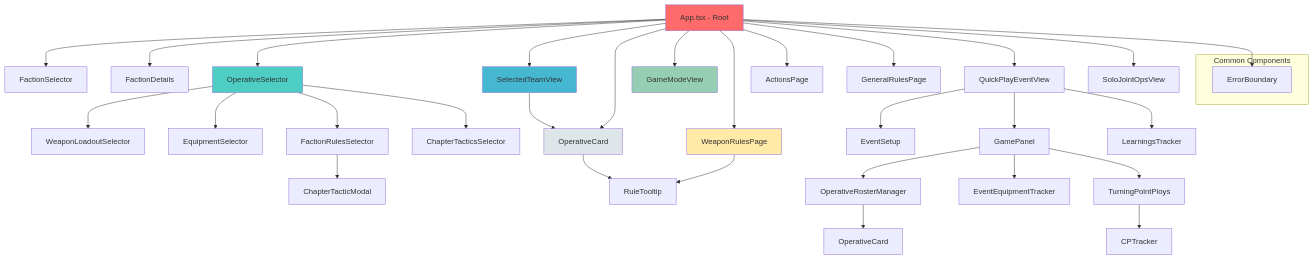
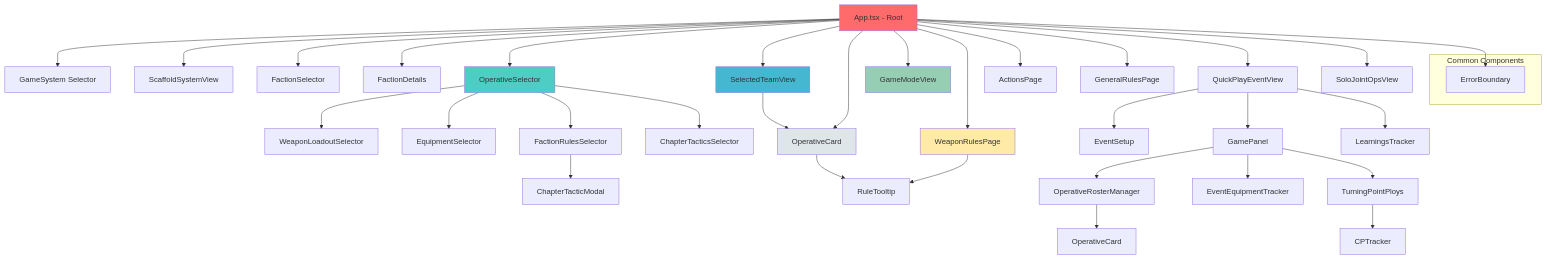
One commit to aaronbridgeman/wh40k-killteamtools changed the second of 6 diagrams in ARCHITECTURE.md. Above: the diagram before and after it, drawn with Mermaid. The commit also changed other lines of this file and 13 other files, not shown here.

````diff
--- a/ARCHITECTURE.md
+++ b/ARCHITECTURE.md
@@ -70,52 +71,54 @@
 ```mermaid
 graph TD
     App[App.tsx - Root]
 
+    App --> GSS[GameSystem Selector]
+    App --> SSV[ScaffoldSystemView]
     App --> FS[FactionSelector]
     App --> FD[FactionDetails]
     App --> OS[OperativeSelector]
     App --> STV[SelectedTeamView]
     App --> OC[OperativeCard]
     App --> GMV[GameModeView]
     App --> WRP[WeaponRulesPage]
     App --> AP[ActionsPage]
     App --> GRP[GeneralRulesPage]
     App --> QPE[QuickPlayEventView]
     App --> SJO[SoloJointOpsView]
 
     QPE --> ES2[EventSetup]
     QPE --> GP[GamePanel]
     QPE --> LT[LearningsTracker]
 
     GP --> ORM[OperativeRosterManager]
     GP --> EET[EventEquipmentTracker]
     GP --> TPP[TurningPointPloys]
 
     ORM --> OC2[OperativeCard]
     TPP --> CPT[CPTracker]
 
     OS --> WLS[WeaponLoadoutSelector]
     OS --> ES[EquipmentSelector]
     OS --> FRS[FactionRulesSelector]
     OS --> CTS[ChapterTacticsSelector]
 
     STV --> OC
 
     OC --> RT[RuleTooltip]
     WRP --> RT
 
     FRS --> CTM[ChapterTacticModal]
 
     subgraph "Common Components"
         EB[ErrorBoundary]
     end
 
     App --> EB
 
     style App fill:#ff6b6b
     style OS fill:#4ecdc4
     style STV fill:#45b7d1
     style GMV fill:#96ceb4
     style WRP fill:#ffeaa7
     style OC fill:#dfe6e9
 ```
````
